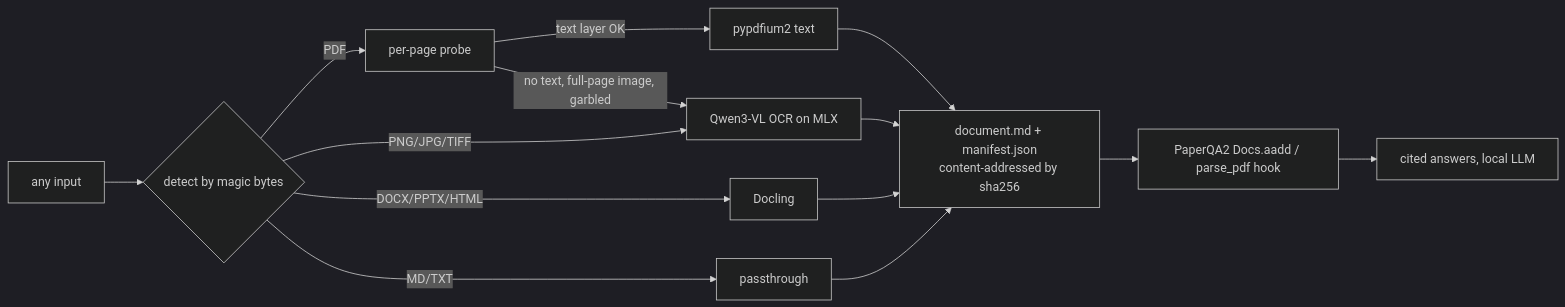
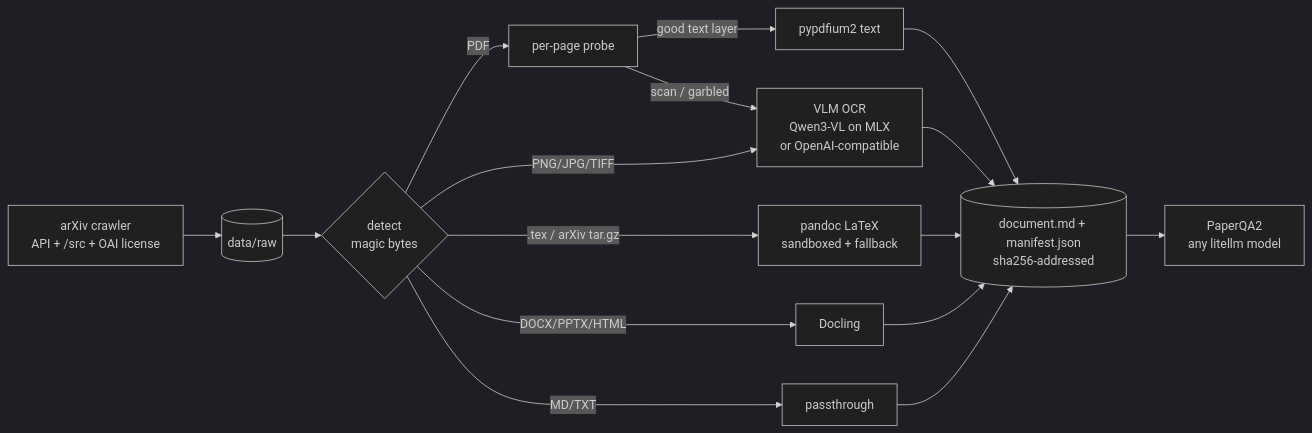
Before and after one commit to etxsA/doc-ingest: the diagram in README.md, drawn with Mermaid (dark theme). The commit also changed other lines of this file and 2 other files, not shown here.

Commit message:
docs: README for v0.3, architecture + ADRs, CI (linux core lane, macOS full lane), coverage floor

````diff
--- a/README.md
+++ b/README.md
@@ -5,16 +9,14 @@
 ```mermaid
 flowchart LR
-    A[any input] --> D{detect by magic bytes}
+    AX[arXiv crawler<br/>API + /src + OAI license] --> RAW[(data/raw)]
+    RAW --> D{detect<br/>magic bytes}
     D -->|PDF| P[per-page probe]
-    D -->|PNG/JPG/TIFF| O
-    D -->|DOCX/PPTX/HTML| C[Docling]
-    D -->|MD/TXT| T[passthrough]
-    P -->|text layer OK| L[pypdfium2 text]
-    P -->|no text, full-page image, garbled| O[Qwen3-VL OCR on MLX]
-    L --> N[document.md + manifest.json<br/>content-addressed by sha256]
-    O --> N
-    C --> N
-    T --> N
-    N --> Q[PaperQA2 Docs.aadd / parse_pdf hook]
-    Q --> R[cited answers, local LLM]
+    P -->|good text layer| TL[pypdfium2 text]
+    P -->|scan / garbled| OCR[VLM OCR<br/>Qwen3-VL on MLX<br/>or OpenAI-compatible]
+    D -->|PNG/JPG/TIFF| OCR
+    D -->|.tex / arXiv tar.gz| TEX[pandoc LaTeX<br/>sandboxed + fallback]
+    D -->|DOCX/PPTX/HTML| DOC[Docling]
+    D -->|MD/TXT| PASS[passthrough]
+    TL & OCR & TEX & DOC & PASS --> OUT[(document.md + manifest.json<br/>sha256-addressed)]
+    OUT --> QA[PaperQA2<br/>any litellm model]
 ```
````
